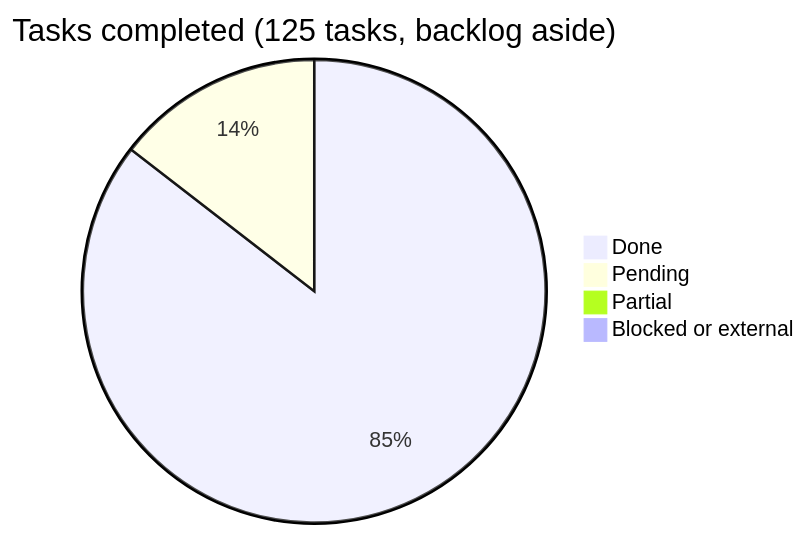
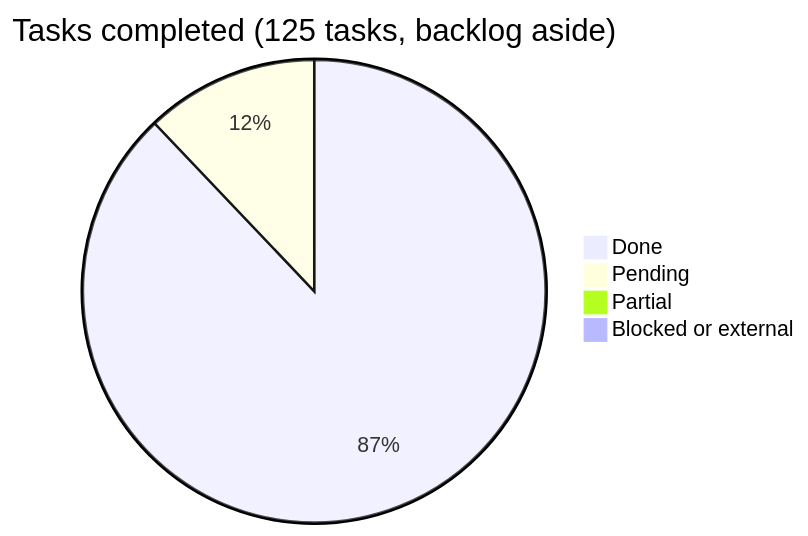
One commit to araguaney-lat/araguaney-app changed the diagram in docs/roadmap/README.md. Above: the diagram before and after it, drawn with Mermaid. The commit also changed other lines of this file and 12 other files, not shown here.

````diff
--- a/docs/roadmap/README.md
+++ b/docs/roadmap/README.md
@@ -23,7 +23,7 @@
 ```mermaid
 pie title Tasks completed (125 tasks, backlog aside)
-    "Done" : 106
-    "Pending" : 18
+    "Done" : 109
+    "Pending" : 15
     "Partial" : 1
     "Blocked or external" : 0
 ```
````
